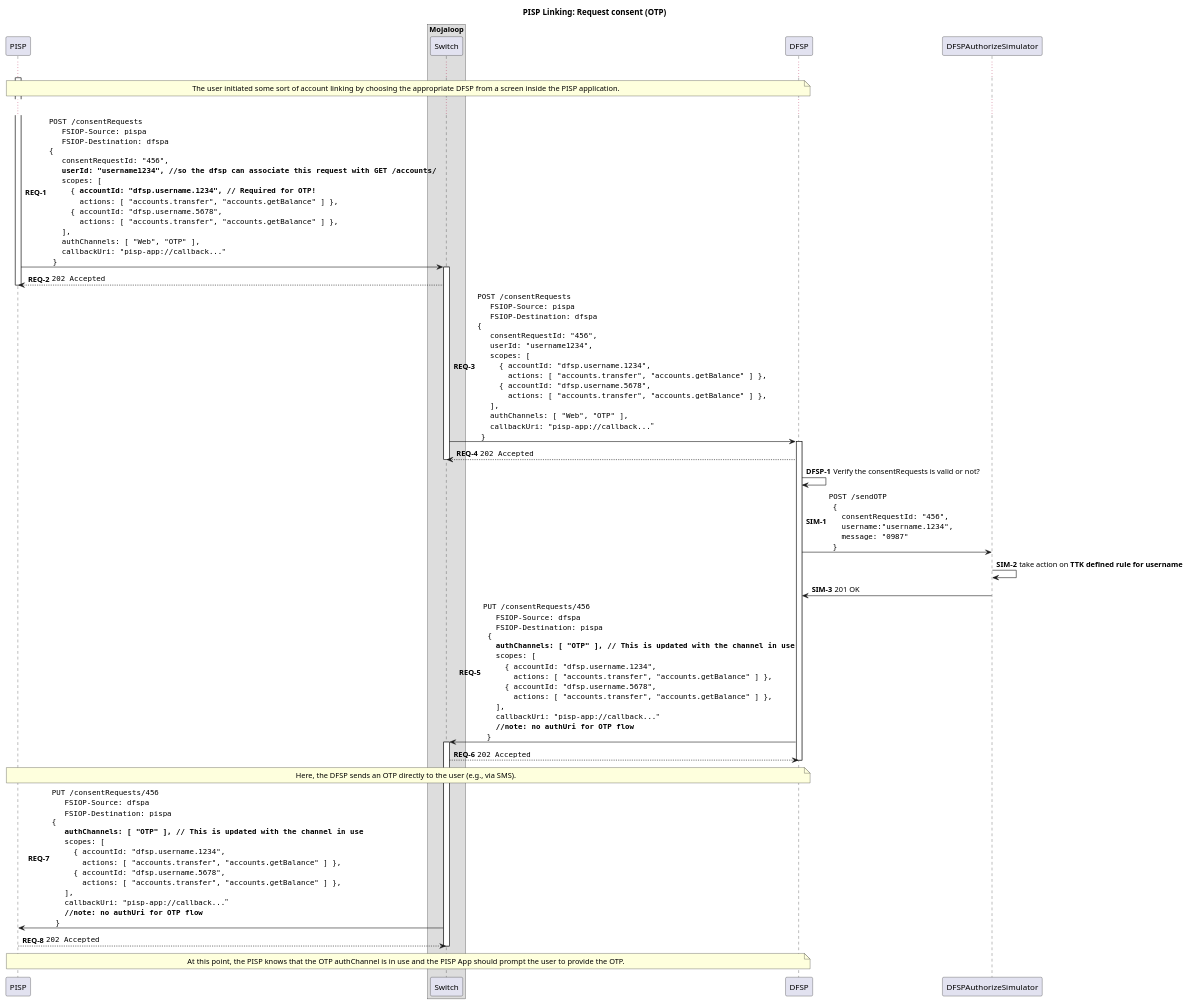
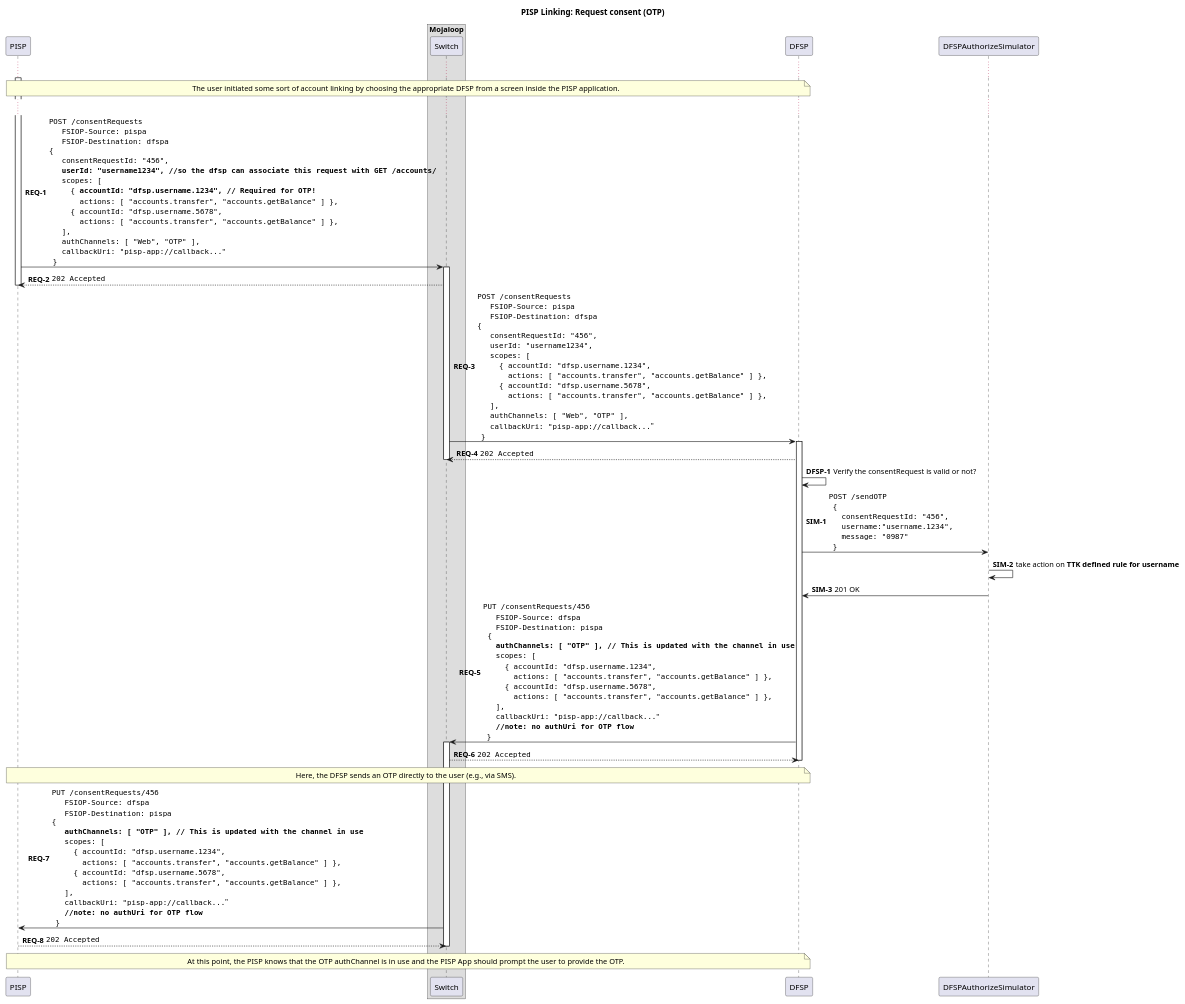
One commit to mojaloop/pisp-project changed the diagram in docs/linking/2-request-consent-otp.puml. Above: the diagram before and after it, drawn with PlantUML. The commit also changed 3 other files, not shown here.

```diff
--- a/docs/linking/2-request-consent-otp.puml
+++ b/docs/linking/2-request-consent-otp.puml
@@ -1,120 +1,120 @@
 @startuml
 
 title PISP Linking: Request consent (OTP)
 
 participant "PISP" as PISP
 
 box "Mojaloop"
     participant Switch
 end box
 
 participant DFSP
 participant DFSPAuthorizeSimulator
 
 autonumber 1 "<b>REQ-#</b>"
 
 activate PISP
 
 ...
 
 note over PISP, DFSP
     The user initiated some sort of account linking by choosing the appropriate DFSP from a screen inside the PISP application.
 end note
 
 ...
 
 PISP -> Switch ++: ""POST /consentRequests""\n\
   ""  FSIOP-Source: pispa""\n\
   ""  FSIOP-Destination: dfspa""\n\
 ""{""\n\
   ""  consentRequestId: "456",""\n\
   ""  **userId: "username1234", //so the dfsp can associate this request with GET /accounts/**""\n\
   ""  scopes: [ ""\n\
   ""    { **accountId: "dfsp.username.1234", // Required for OTP!**""\n\
   ""      actions: [ "accounts.transfer", "accounts.getBalance" ] },""\n\
   ""    { accountId: "dfsp.username.5678",""\n\
   ""      actions: [ "accounts.transfer", "accounts.getBalance" ] },""\n\
   ""  ],""\n\
   ""  authChannels: [ "Web", "OTP" ],""\n\
   ""  callbackUri: "pisp-app://callback..."""\n\
   ""}""
 Switch --> PISP: ""202 Accepted""
 deactivate PISP
 
 Switch -> DFSP ++:  ""POST /consentRequests""\n\
   ""  FSIOP-Source: pispa""\n\
   ""  FSIOP-Destination: dfspa""\n\
 ""{""\n\
   ""  consentRequestId: "456",""\n\
   ""  userId: "username1234",""\n\
   ""  scopes: [ ""\n\
   ""    { accountId: "dfsp.username.1234",""\n\
   ""      actions: [ "accounts.transfer", "accounts.getBalance" ] },""\n\
   ""    { accountId: "dfsp.username.5678",""\n\
   ""      actions: [ "accounts.transfer", "accounts.getBalance" ] },""\n\
   ""  ],""\n\
   ""  authChannels: [ "Web", "OTP" ],""\n\
   ""  callbackUri: "pisp-app://callback..."""\n\
   ""}""
 DFSP --> Switch: ""202 Accepted""
 deactivate Switch
 
 autonumber 1 "<b>DFSP-#</b>"
 
-DFSP -> DFSP: Verify the consentRequests is valid or not?
+DFSP -> DFSP: Verify the consentRequest is valid or not?
 autonumber 1 "<b>SIM-#</b>"
 
 DFSP -> DFSPAuthorizeSimulator : ""POST /sendOTP""\n\
   ""{""\n\
   ""  consentRequestId: "456",""\n\
   ""  username:"username.1234", ""\n\
   ""  message: "0987" ""\n\
   ""}""
 
 DFSPAuthorizeSimulator -> DFSPAuthorizeSimulator: take action on **TTK defined rule for username**
 DFSPAuthorizeSimulator -> DFSP: 201 OK
 autonumber 5 "<b>REQ-#</b>"
 DFSP -> Switch ++: ""PUT /consentRequests/456""\n\
   ""  FSIOP-Source: dfspa""\n\
   ""  FSIOP-Destination: pispa""\n\
 "" {""\n\
   ""  **authChannels: [ "OTP" ], // This is updated with the channel in use**""\n\
   ""  scopes: [ ""\n\
   ""    { accountId: "dfsp.username.1234",""\n\
   ""      actions: [ "accounts.transfer", "accounts.getBalance" ] },""\n\
   ""    { accountId: "dfsp.username.5678",""\n\
   ""      actions: [ "accounts.transfer", "accounts.getBalance" ] },""\n\
   ""  ],""\n\
   ""  callbackUri: "pisp-app://callback..."""\n\
   ""  **//note: no authUri for OTP flow**""\n\
   ""}""
 Switch --> DFSP: ""202 Accepted""
 
 note over PISP, DFSP
   Here, the DFSP sends an OTP directly to the user (e.g., via SMS).
 end note
 
 deactivate DFSP
 
 Switch -> PISP: ""PUT /consentRequests/456""\n\
   ""  FSIOP-Source: dfspa""\n\
   ""  FSIOP-Destination: pispa""\n\
 ""{""\n\
   ""  **authChannels: [ "OTP" ], // This is updated with the channel in use**""\n\
   ""  scopes: [ ""\n\
   ""    { accountId: "dfsp.username.1234",""\n\
   ""      actions: [ "accounts.transfer", "accounts.getBalance" ] },""\n\
   ""    { accountId: "dfsp.username.5678",""\n\
   ""      actions: [ "accounts.transfer", "accounts.getBalance" ] },""\n\
   ""  ],""\n\
   ""  callbackUri: "pisp-app://callback..."""\n\
   ""  **//note: no authUri for OTP flow**""\n\
   ""}""
 PISP --> Switch: ""202 Accepted""
 deactivate Switch
 
 note over PISP, DFSP
   At this point, the PISP knows that the OTP authChannel is in use and the PISP App should prompt the user to provide the OTP.
 end note
 
 @enduml
```
